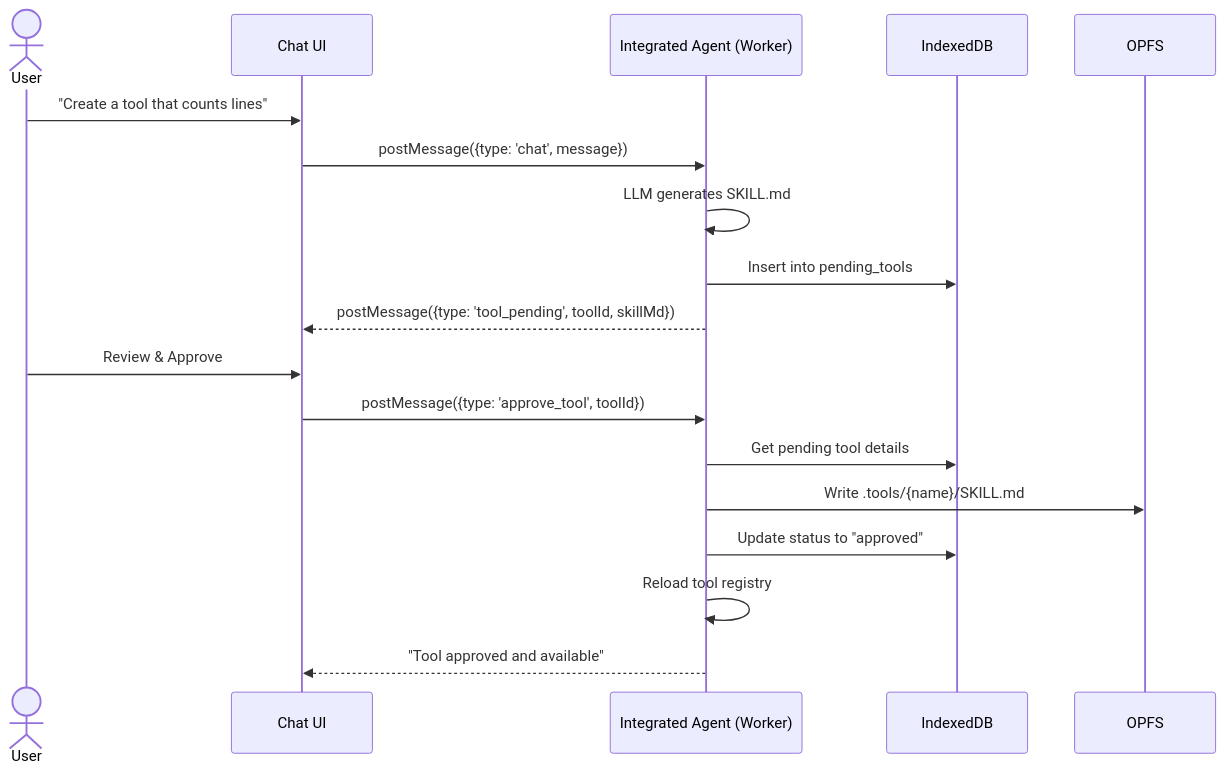
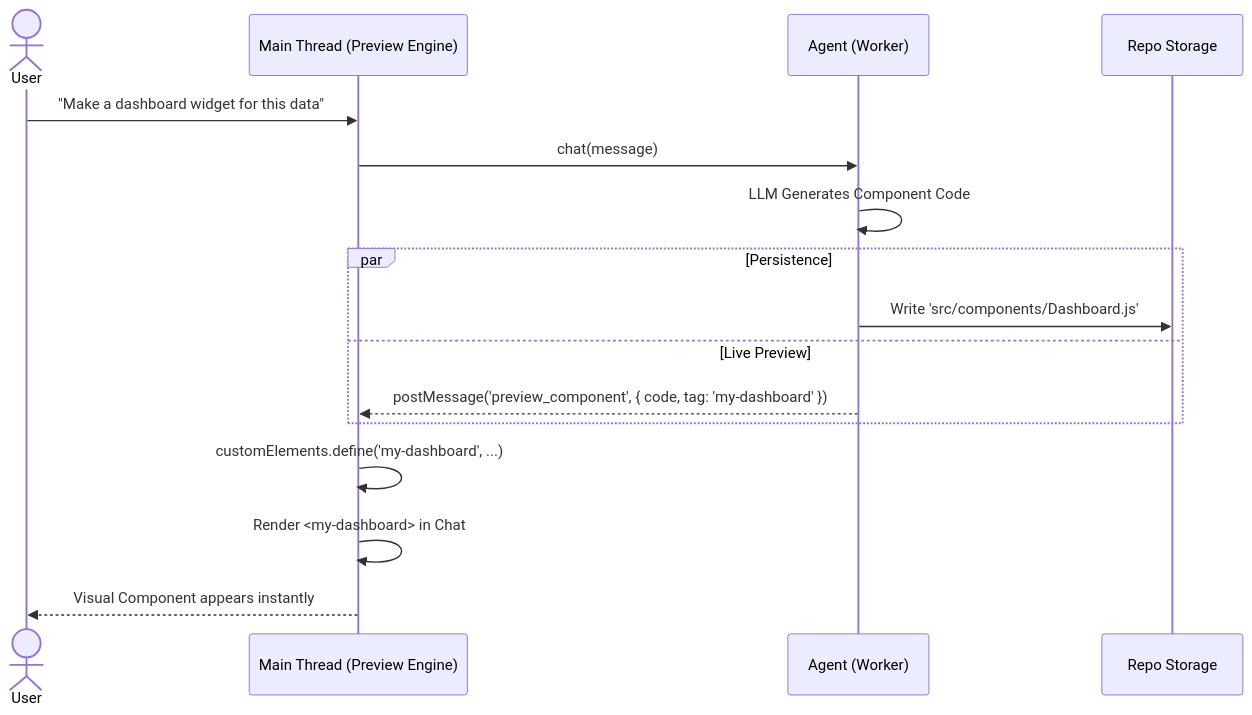
Before and after one commit to weolopez/aarchie-aardvark: the fourth of 4 diagrams in ARCHITECTURE.md, drawn with Mermaid. The commit also changed other lines of this file and 2 other files, not shown here.

First line of the commit message:
feat: Implement Phase 1 core components for infrastructure

````diff
--- a/ARCHITECTURE.md
+++ b/ARCHITECTURE.md
@@ -382,27 +257,23 @@
 ```mermaid
 sequenceDiagram
     actor User
-    participant UI as Chat UI
-    participant Agent as Integrated Agent (Worker)
-    participant DB as IndexedDB
-    participant OPFS as OPFS
+    participant UI as Main Thread (Preview Engine)
+    participant Agent as Agent (Worker)
+    participant OPFS as Repo Storage
     
-    User->>UI: "Create a tool that counts lines"
-    UI->>Agent: postMessage({type: 'chat', message})
+    User->>UI: "Make a dashboard widget for this data"
+    UI->>Agent: chat(message)
     
-    Agent->>Agent: LLM generates SKILL.md
-    Agent->>DB: Insert into pending_tools
+    Agent->>Agent: LLM Generates Component Code
     
-    Agent-->>UI: postMessage({type: 'tool_pending', toolId, skillMd})
+    par Persistence
+        Agent->>OPFS: Write 'src/components/Dashboard.js'
+    and Live Preview
+        Agent-->>UI: postMessage('preview_component', { code, tag: 'my-dashboard' })
+    end
     
-    User->>UI: Review & Approve
-    UI->>Agent: postMessage({type: 'approve_tool', toolId})
+    UI->>UI: customElements.define('my-dashboard', ...)
+    UI->>UI: Render <my-dashboard> in Chat
     
-    Agent->>DB: Get pending tool details
-    Agent->>OPFS: Write .tools/{name}/SKILL.md
-    
-    Agent->>DB: Update status to "approved"
-    Agent->>Agent: Reload tool registry
-    
-    Agent-->>UI: "Tool approved and available"
+    UI-->>User: Visual Component appears instantly
 ```
````
